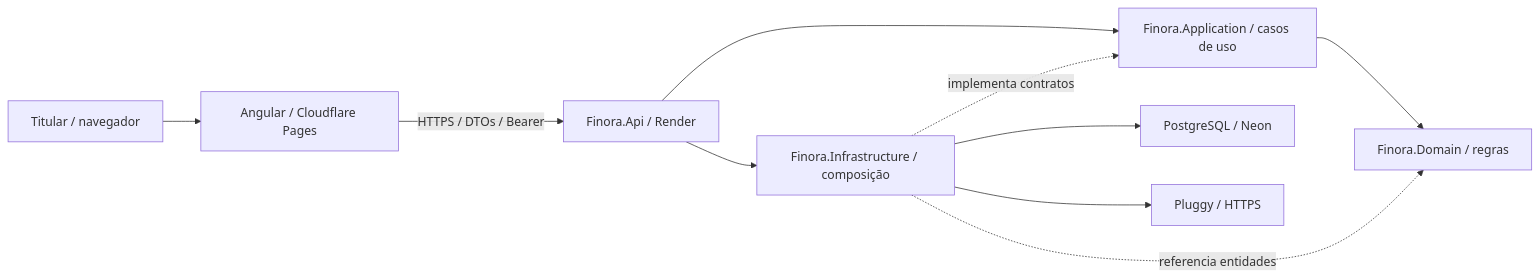
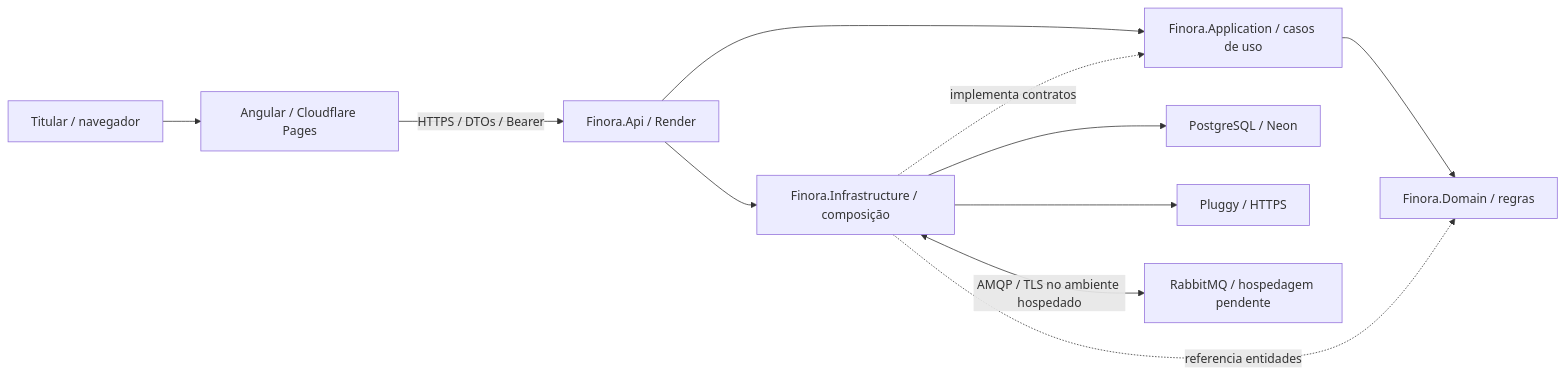
Before and after one commit to VictorJer/GestFinan-a: the first of 3 diagrams in docs/TDD.md, drawn with Mermaid. The commit also changed other lines of this file, not shown here.

````diff
--- a/docs/TDD.md
+++ b/docs/TDD.md
@@ -118,12 +136,13 @@
 ```mermaid
 flowchart LR
     U["Titular / navegador"] --> W["Angular / Cloudflare Pages"]
     W -->|HTTPS / DTOs / Bearer| A["Finora.Api / Render"]
     A --> C["Finora.Application / casos de uso"]
     C --> D["Finora.Domain / regras"]
     A --> I["Finora.Infrastructure / composição"]
     I -.->|implementa contratos| C
     I -.->|referencia entidades| D
     I --> P["PostgreSQL / Neon"]
     I --> E["Pluggy / HTTPS"]
+    I <-->|AMQP / TLS no ambiente hospedado| Q["RabbitMQ / hospedagem pendente"]
 ```
````
